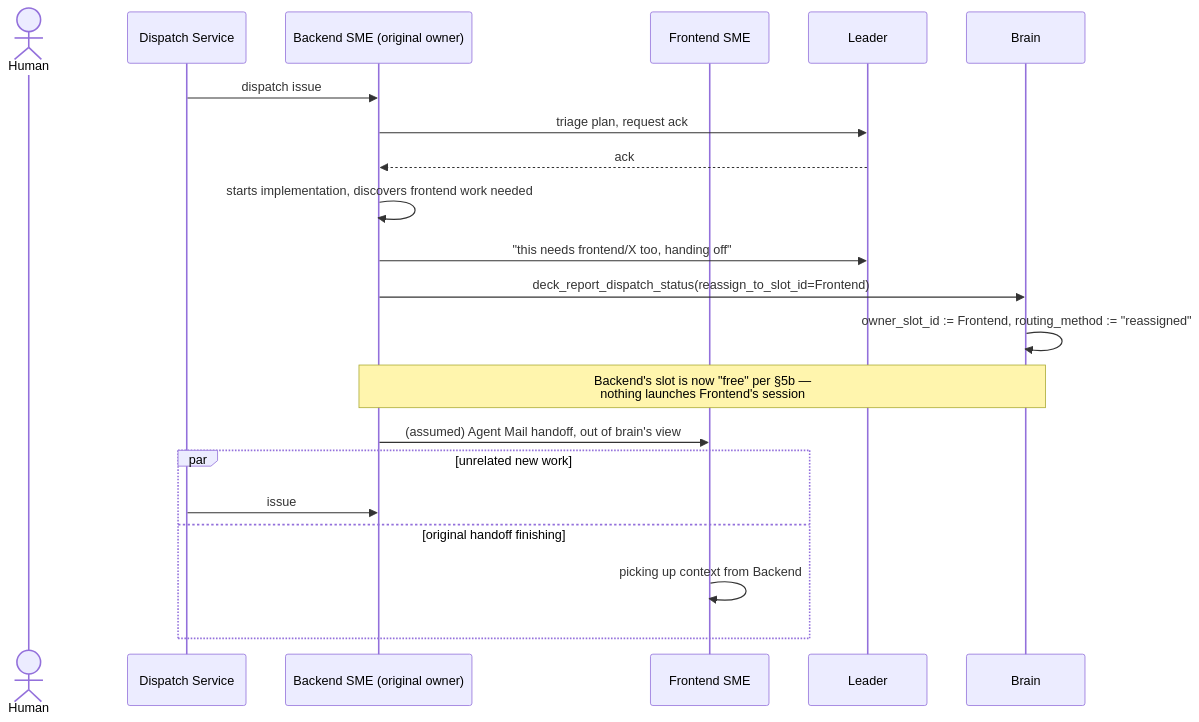
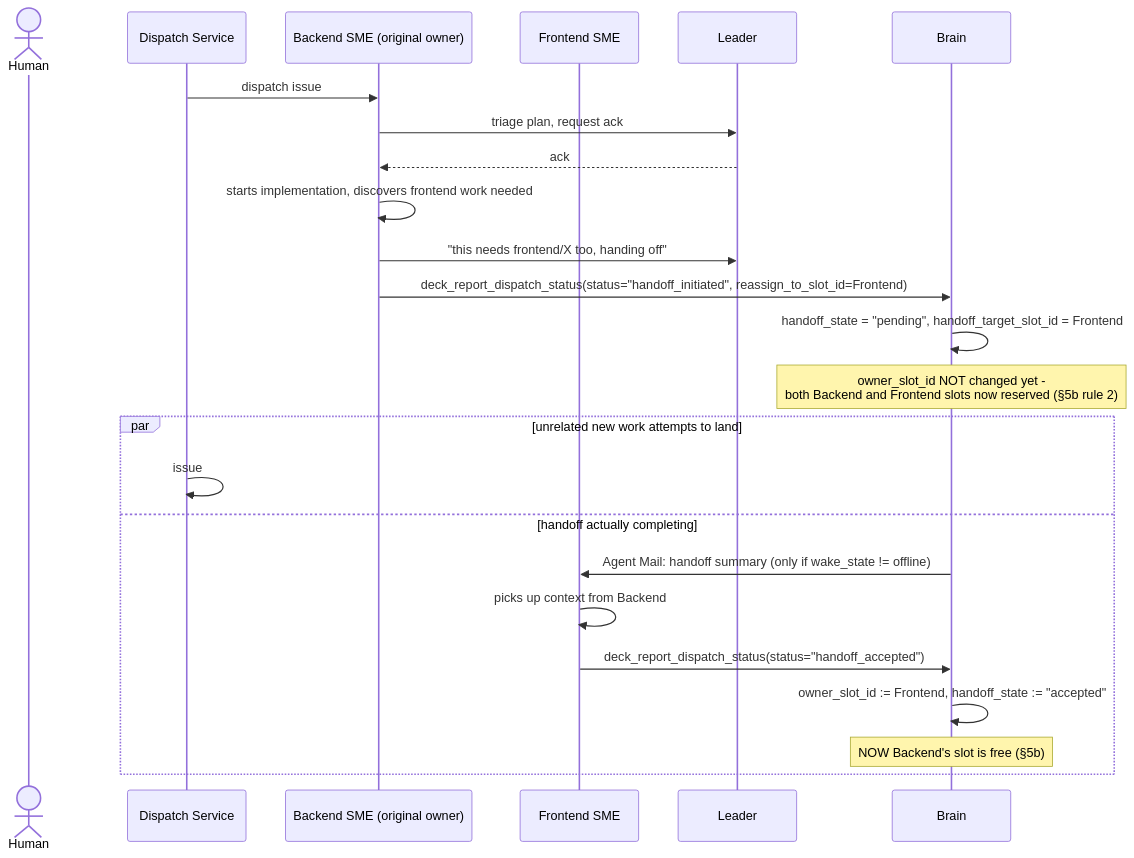
The fourth of 6 diagrams in docs/superpowers/specs/2026-07-03-autonomous-github-dispatch-workflows.md (adrirubio/claude-deck), drawn with Mermaid before and after one commit. The commit also changed other lines of this file and 1 other file, not shown here.

First line of the commit message:
docs: re-render workflow diagrams to reflect V1-V7/UC11 fixes

````diff
--- a/docs/superpowers/specs/2026-07-03-autonomous-github-dispatch-workflows.md
+++ b/docs/superpowers/specs/2026-07-03-autonomous-github-dispatch-workflows.md
@@ -133,24 +158,27 @@
 ```mermaid
 sequenceDiagram
     actor Human
     participant Dispatch as Dispatch Service
     participant Backend as Backend SME (original owner)
     participant Frontend as Frontend SME
     participant Leader
     participant Brain
 
     Dispatch->>Backend: dispatch issue #77 (area:backend match)
     Backend->>Leader: triage plan, request ack
     Leader-->>Backend: ack
     Backend->>Backend: starts implementation, discovers frontend work needed
     Backend->>Leader: "this needs frontend/X too, handing off"
-    Backend->>Brain: deck_report_dispatch_status(reassign_to_slot_id=Frontend)
-    Brain->>Brain: owner_slot_id := Frontend, routing_method := "reassigned"
-    Note over Brain,Backend: Backend's slot is now "free" per §5b —<br/>nothing launches Frontend's session
-    Backend->>Frontend: (assumed) Agent Mail handoff, out of brain's view
-    par unrelated new work
-        Dispatch->>Backend: issue #90 (area:backend match, slot looks free)
-    and original handoff finishing
-        Frontend->>Frontend: picking up context from Backend
+    Backend->>Brain: deck_report_dispatch_status(status="handoff_initiated", reassign_to_slot_id=Frontend)
+    Brain->>Brain: handoff_state = "pending", handoff_target_slot_id = Frontend
+    Note over Brain: owner_slot_id NOT changed yet -<br/>both Backend and Frontend slots now reserved (§5b rule 2)
+    par unrelated new work attempts to land
+        Dispatch->>Dispatch: issue #90 (area:backend match) -> §5b: Backend slot busy (handoff pending) -> stays pending
+    and handoff actually completing
+        Brain->>Frontend: Agent Mail: handoff summary (only if wake_state != offline)
+        Frontend->>Frontend: picks up context from Backend
+        Frontend->>Brain: deck_report_dispatch_status(status="handoff_accepted")
+        Brain->>Brain: owner_slot_id := Frontend, handoff_state := "accepted"
+        Note over Brain: NOW Backend's slot is free (§5b)
     end
 ```
````
